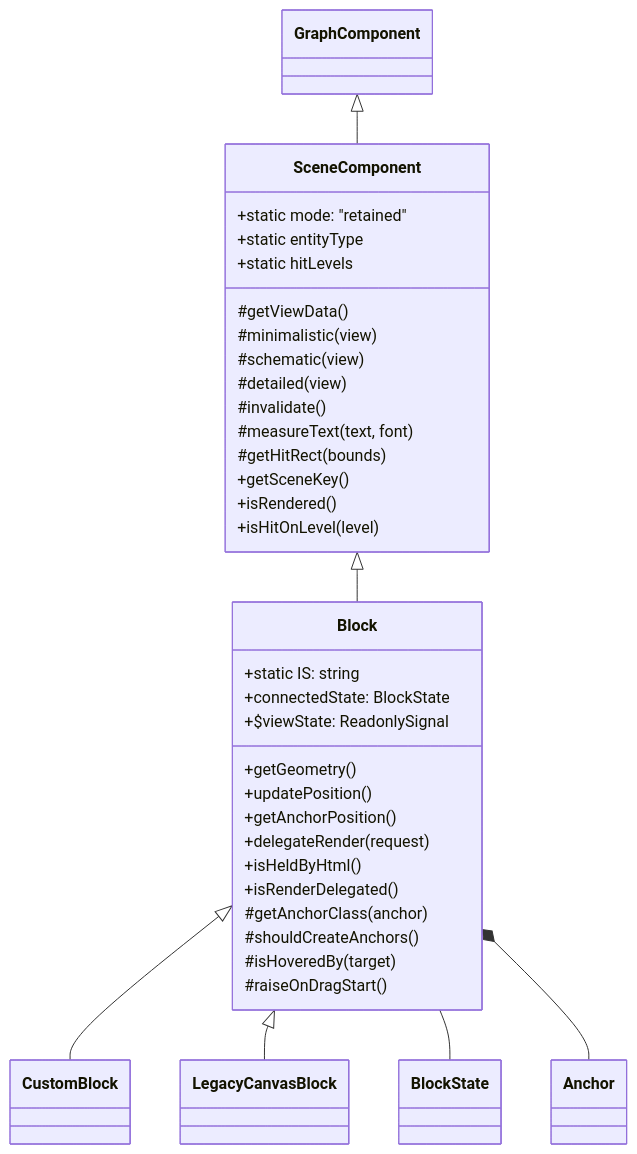
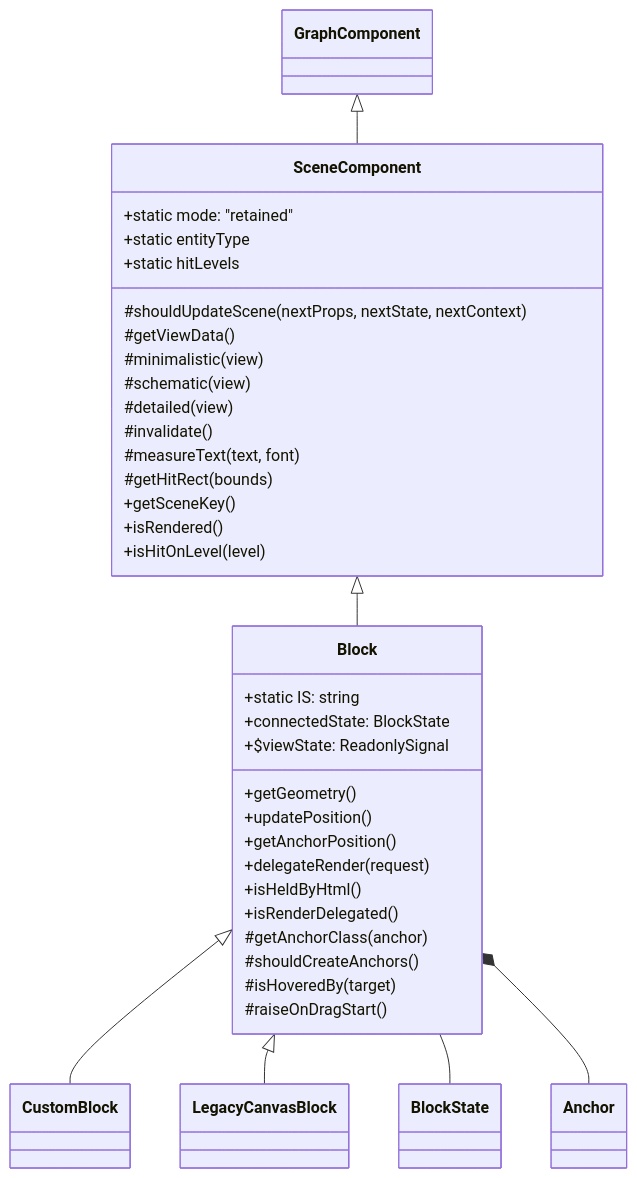
Before and after one commit to gravity-ui/graph: the diagram in packages/graph/docs/components/block-component.md, drawn with Mermaid. The commit also changed other lines of this file and 15 other files, not shown here.

Commit message:
refactor(graph): update scene primitives through the component lifecycle

````diff
--- a/packages/graph/docs/components/block-component.md
+++ b/packages/graph/docs/components/block-component.md
@@ -8,41 +8,42 @@
 ```mermaid
 classDiagram
     GraphComponent <|-- SceneComponent
     SceneComponent <|-- Block
     Block <|-- CustomBlock
     Block <|-- LegacyCanvasBlock
     Block -- BlockState
     Block *-- Anchor
 
     class SceneComponent {
         +static mode: "retained"
         +static entityType
         +static hitLevels
+        #shouldUpdateScene(nextProps, nextState, nextContext)
         #getViewData()
         #minimalistic(view)
         #schematic(view)
         #detailed(view)
         #invalidate()
         #measureText(text, font)
         #getHitRect(bounds)
         +getSceneKey()
         +isRendered()
         +isHitOnLevel(level)
     }
 
     class Block {
         +static IS: string
         +connectedState: BlockState
         +$viewState: ReadonlySignal
         +getGeometry()
         +updatePosition()
         +getAnchorPosition()
         +delegateRender(request)
         +isHeldByHtml()
         +isRenderDelegated()
         #getAnchorClass(anchor)
         #shouldCreateAnchors()
         #isHoveredBy(target)
         #raiseOnDragStart()
     }
 ```
````
